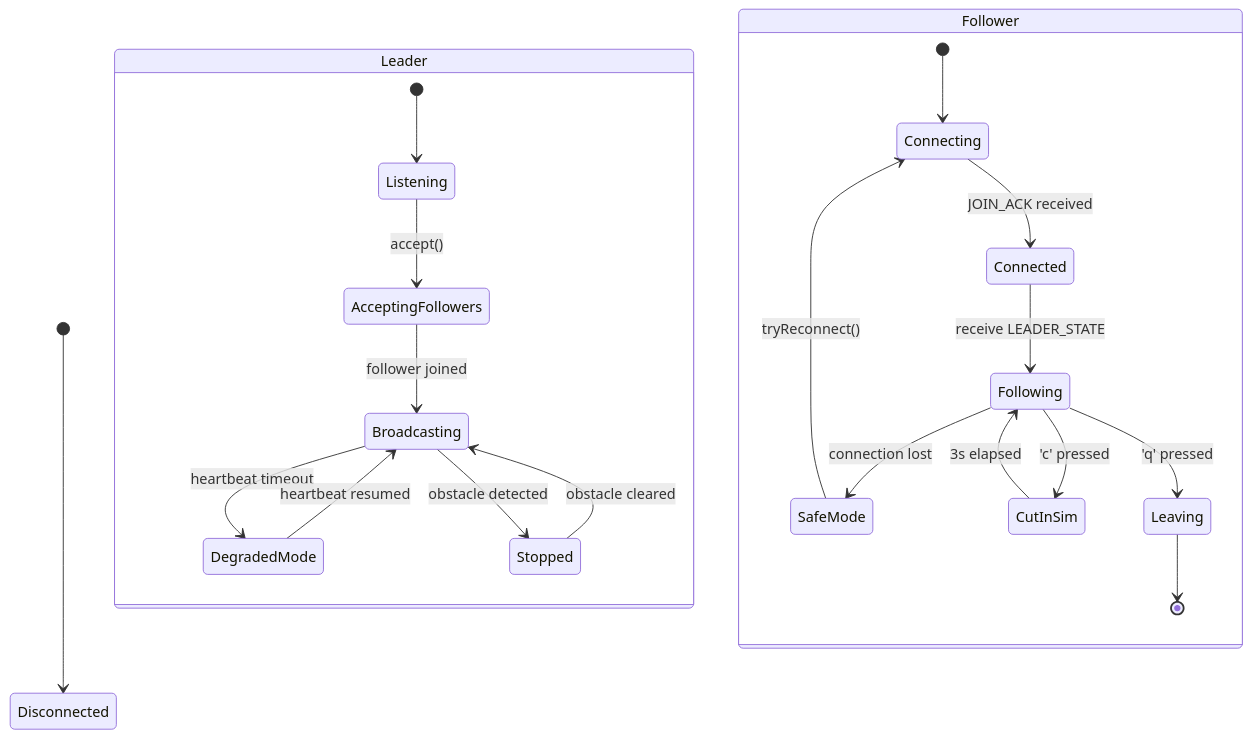
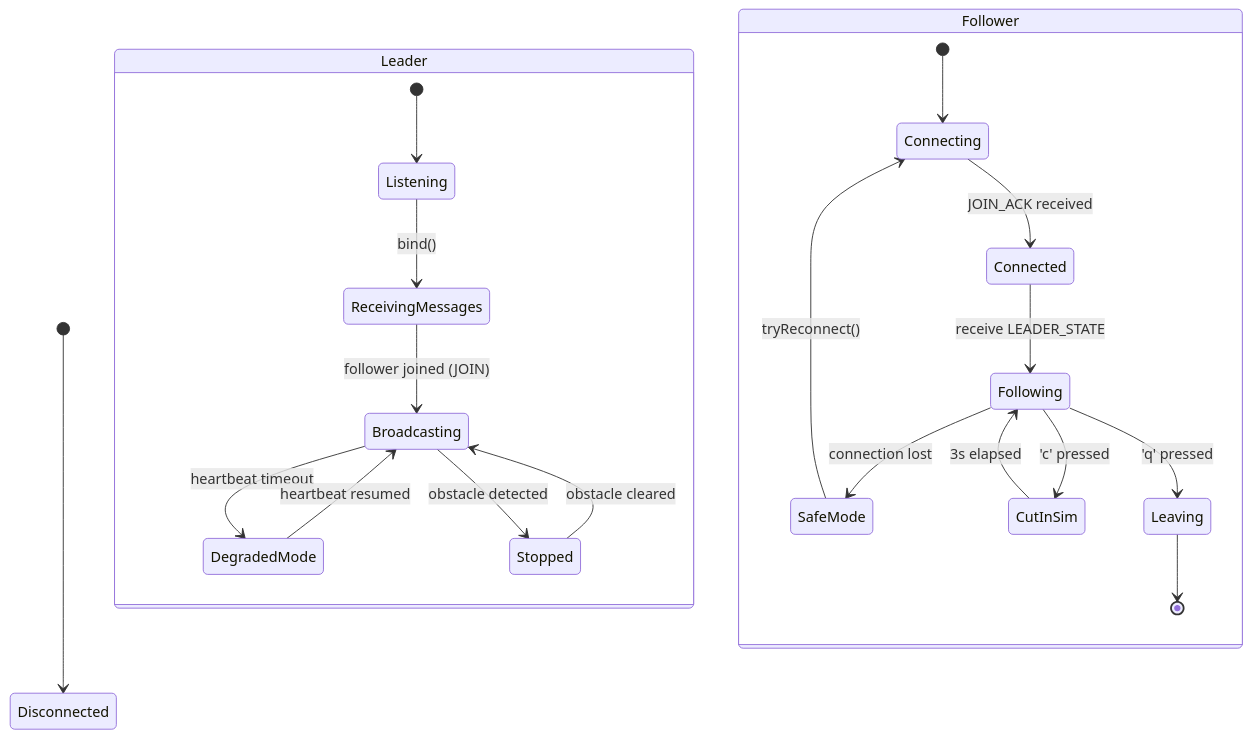
One commit to danganhphuc1131997/Platooning_System changed the fourth of 9 diagrams in ARCHITECTURE.md. Above: the diagram before and after it, drawn with Mermaid. The commit also changed other lines of this file and 7 other files, not shown here.

````diff
--- a/ARCHITECTURE.md
+++ b/ARCHITECTURE.md
@@ -141,26 +140,26 @@
 ```mermaid
 stateDiagram-v2
     [*] --> Disconnected
 
     state Leader {
         [*] --> Listening
-        Listening --> AcceptingFollowers : accept()
-        AcceptingFollowers --> Broadcasting : follower joined
+        Listening --> ReceivingMessages : bind()
+        ReceivingMessages --> Broadcasting : follower joined (JOIN)
         Broadcasting --> DegradedMode : heartbeat timeout
         DegradedMode --> Broadcasting : heartbeat resumed
         Broadcasting --> Stopped : obstacle detected
         Stopped --> Broadcasting : obstacle cleared
     }
 
     state Follower {
         [*] --> Connecting
         Connecting --> Connected : JOIN_ACK received
         Connected --> Following : receive LEADER_STATE
         Following --> SafeMode : connection lost
         SafeMode --> Connecting : tryReconnect()
         Following --> CutInSim : 'c' pressed
         CutInSim --> Following : 3s elapsed
         Following --> Leaving : 'q' pressed
         Leaving --> [*]
     }
 ```
````
